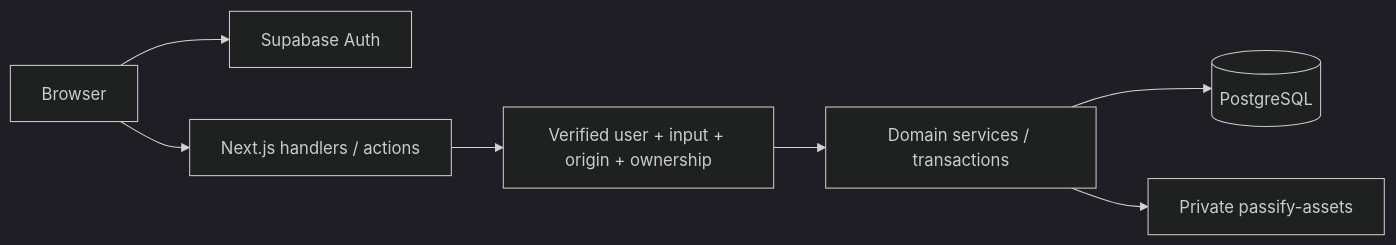
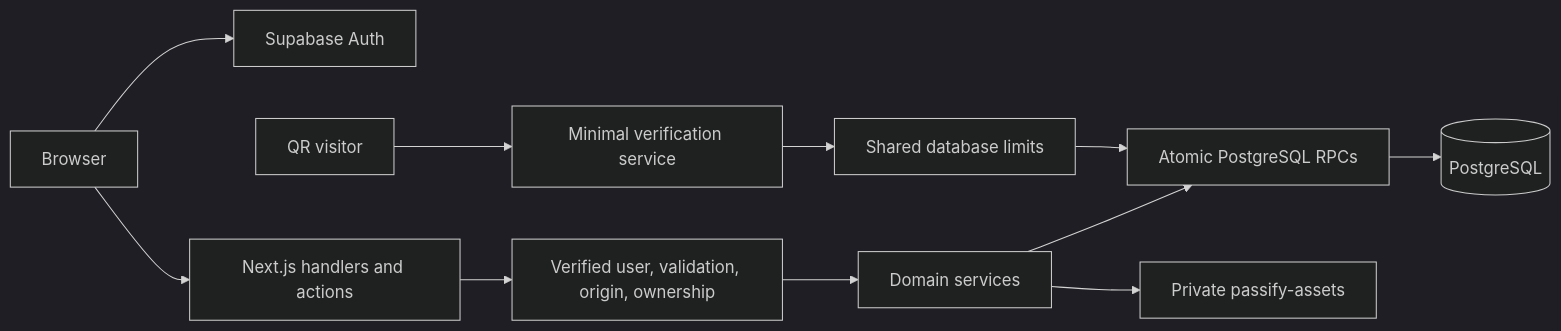
One commit to Ishan-7230/passify changed the first of 2 diagrams in docs/backend-setup.md. Above: the diagram before and after it, drawn with Mermaid (dark theme). The commit also changed other lines of this file and 17 other files, not shown here.

````diff
--- a/docs/backend-setup.md
+++ b/docs/backend-setup.md
@@ -81,9 +68,13 @@
 ```mermaid
 flowchart LR
   Browser --> Auth[Supabase Auth]
-  Browser --> Next[Next.js handlers / actions]
-  Next --> Guards[Verified user + input + origin + ownership]
-  Guards --> Services[Domain services / transactions]
-  Services --> DB[(PostgreSQL)]
+  Browser --> Next[Next.js handlers and actions]
+  Next --> Guards[Verified user, validation, origin, ownership]
+  Guards --> Services[Domain services]
+  Services --> RPC[Atomic PostgreSQL RPCs]
+  RPC --> DB[(PostgreSQL)]
   Services --> Storage[Private passify-assets]
+  Public[QR visitor] --> Verify[Minimal verification service]
+  Verify --> Limits[Shared database limits]
+  Limits --> RPC
 ```
````
